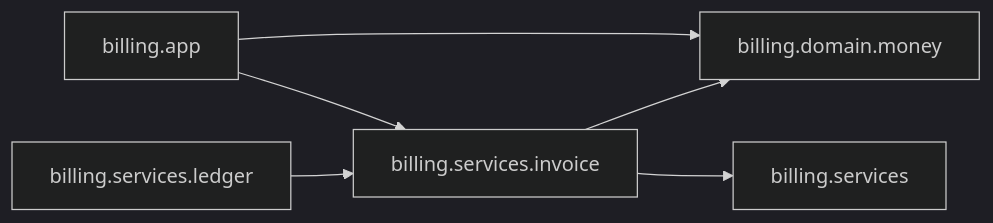
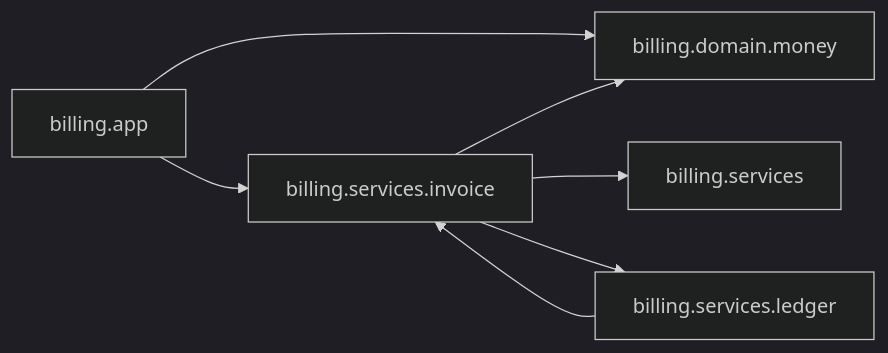
One commit to FavioVazquez/mollify changed the diagram in cookbook/recipes/06-map-your-codebase.md. Above: the diagram before and after it, drawn with Mermaid (dark theme). The commit also changed other lines of this file and 5 other files, not shown here.

````diff
--- a/cookbook/recipes/06-map-your-codebase.md
+++ b/cookbook/recipes/06-map-your-codebase.md
@@ -54,8 +56,9 @@
 ```mermaid
 flowchart LR
     billing_app["billing.app"] --> billing_domain_money["billing.domain.money"]
     billing_app["billing.app"] --> billing_services_invoice["billing.services.invoice"]
     billing_services_invoice["billing.services.invoice"] --> billing_domain_money["billing.domain.money"]
     billing_services_invoice["billing.services.invoice"] --> billing_services["billing.services"]
+    billing_services_invoice["billing.services.invoice"] --> billing_services_ledger["billing.services.ledger"]
     billing_services_ledger["billing.services.ledger"] --> billing_services_invoice["billing.services.invoice"]
 ```
````
